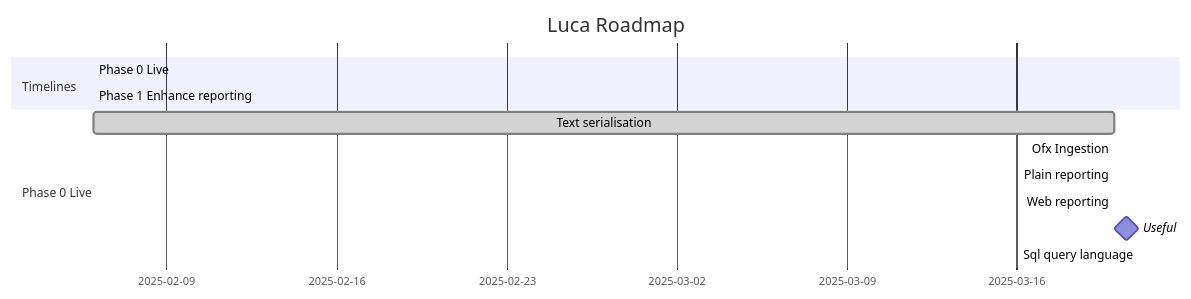
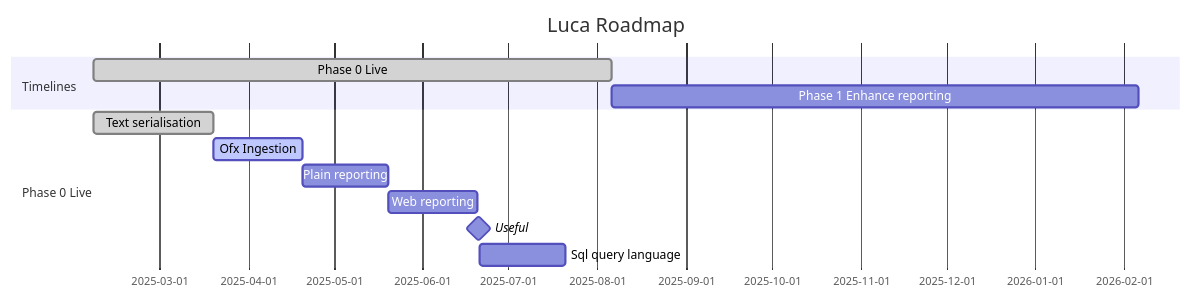
Before and after one commit to drummonds/luca: the diagram in README.md, drawn with Mermaid.

Commit message:
updating roadmap

````diff
--- a/README.md
+++ b/README.md
@@ -141,18 +141,18 @@
 ```mermaid
 gantt
     title Luca Roadmap
     dateFormat  YYYY-MM-DD
 
     section Timelines
-    Phase 0 Live         :done, t1,  2025-02-06, 6m
-    Phase 1 Enhance reporting     :t2,  after t1, 6m
+    Phase 0 Live         :done, t1,  2025-02-06, 6M
+    Phase 1 Enhance reporting     :t2,  after t1, 6M
 
     section Phase 0 Live
     Text serialisation    : done, a1, 2025-02-06, 6w
-    Ofx Ingestion         :active, a2, after a1, 1m
-    Plain reporting       :a3, after a2, 1m
-    Web reporting         :a4, after a3, 1m
+    Ofx Ingestion         :active, a2, after a1, 1M
+    Plain reporting       :a3, after a2, 1M
+    Web reporting         :a4, after a3, 1M
     Useful                :milestone, a5, after a4, 1d
-    Sql query language    :a6, after a5, 1m
+    Sql query language    :a6, after a5, 1M
 
 ```
````
